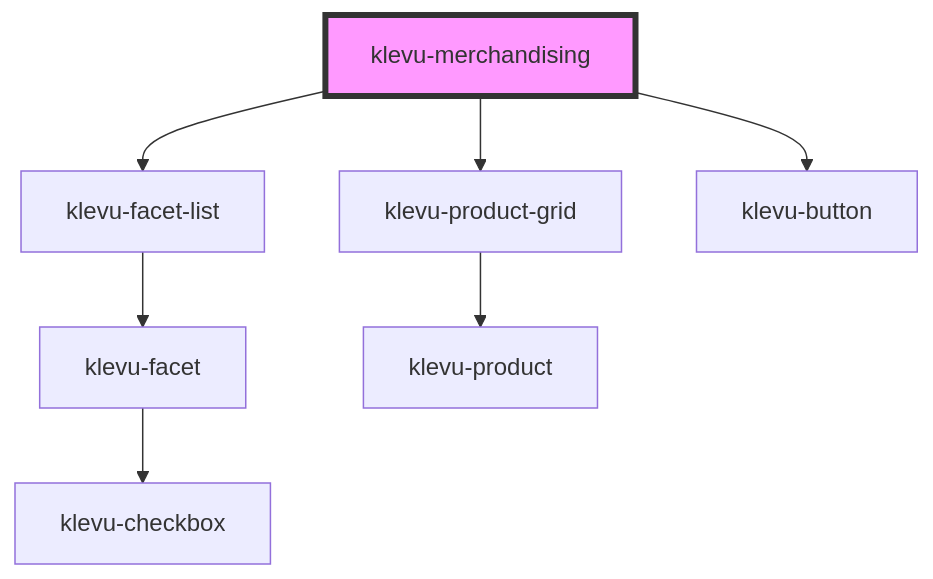
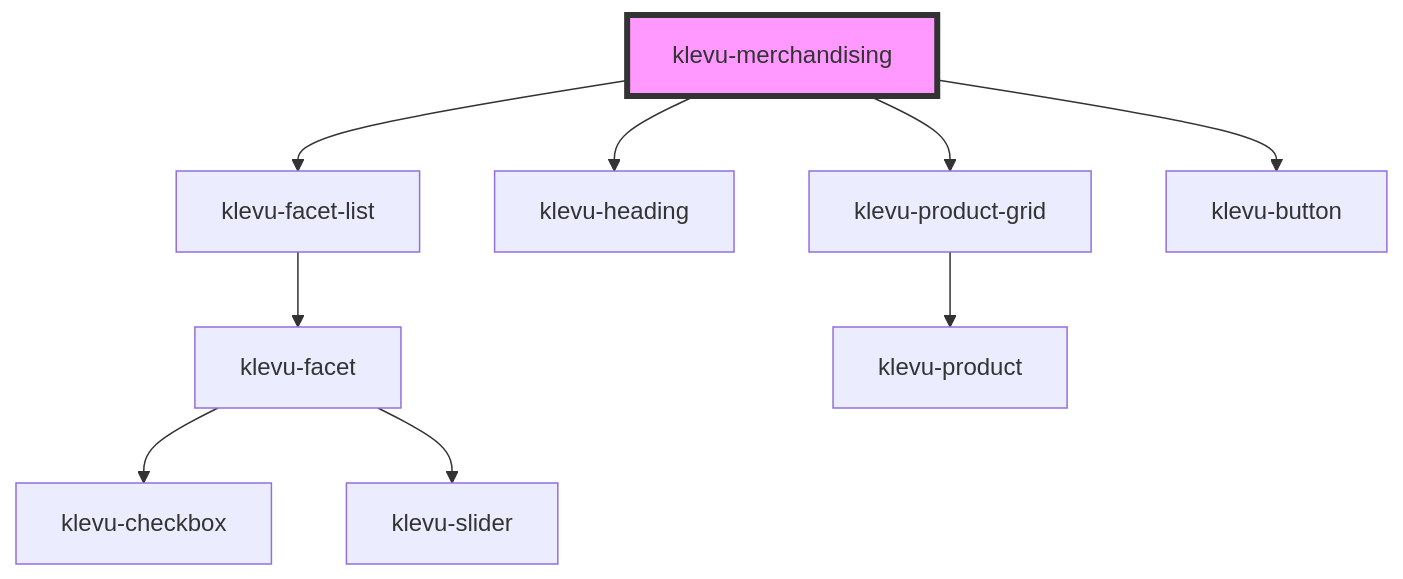
One commit to klevultd/frontend-sdk changed the diagram in packages/klevu-ui/src/components/klevu-merchandising/readme.md. Above: the diagram before and after it, drawn with Mermaid. The commit also changed other lines of this file and 110 other files, not shown here.

````diff
--- a/packages/klevu-ui/src/components/klevu-merchandising/readme.md
+++ b/packages/klevu-ui/src/components/klevu-merchandising/readme.md
@@ -27,10 +31,12 @@
 ```mermaid
 graph TD;
   klevu-merchandising --> klevu-facet-list
+  klevu-merchandising --> klevu-heading
   klevu-merchandising --> klevu-product-grid
   klevu-merchandising --> klevu-button
   klevu-facet-list --> klevu-facet
   klevu-facet --> klevu-checkbox
+  klevu-facet --> klevu-slider
   klevu-product-grid --> klevu-product
   style klevu-merchandising fill:#f9f,stroke:#333,stroke-width:4px
 ```
````
